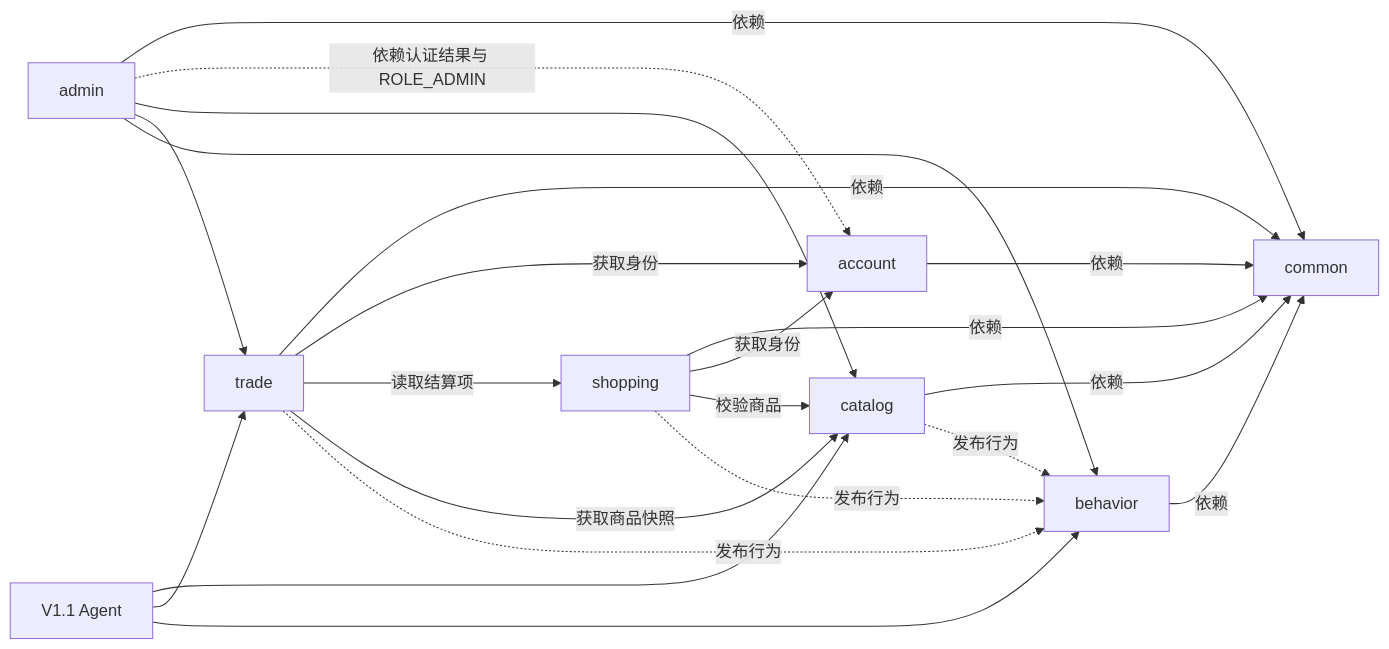
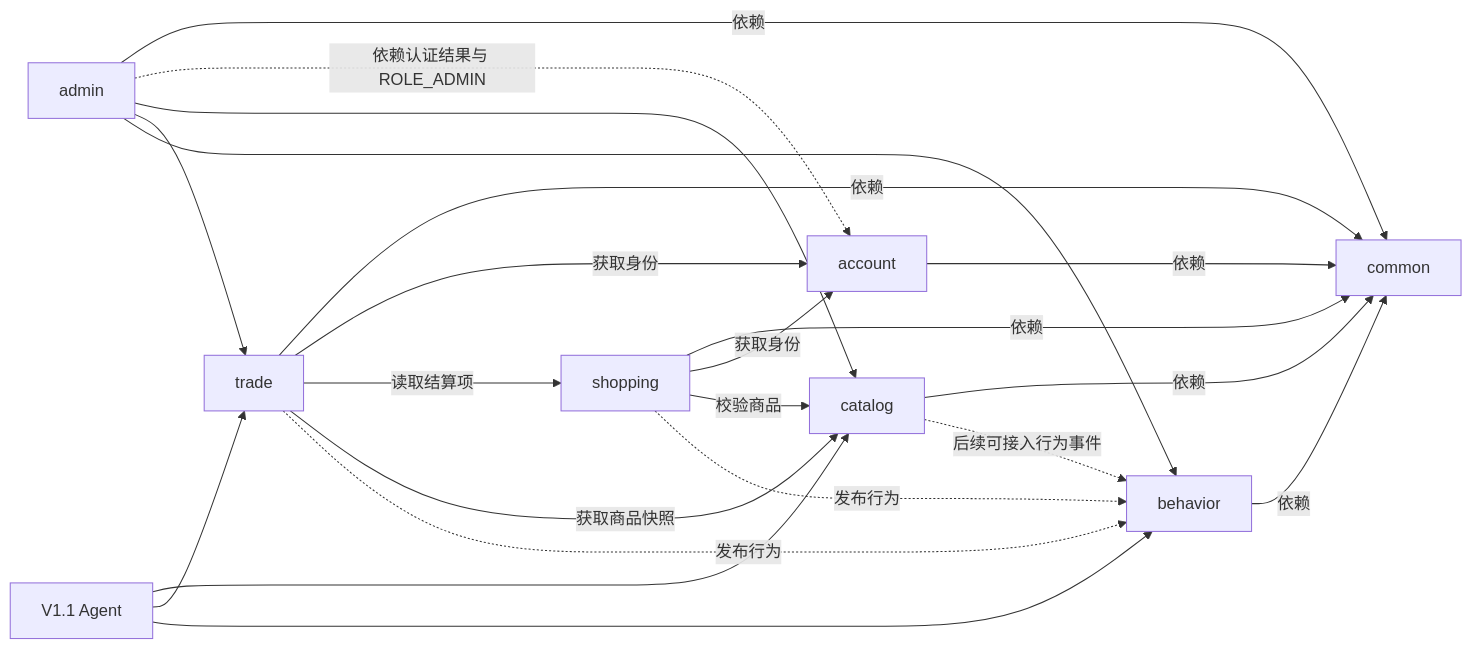
Before and after one commit to XMU-Linjer/persona-flow-commerce: the fifth of 15 diagrams in docs/v1.0-architecture.md, drawn with Mermaid. The commit also changed other lines of this file and 2 other files, not shown here.

````diff
--- a/docs/v1.0-architecture.md
+++ b/docs/v1.0-architecture.md
@@ -533,38 +533,38 @@
 ```mermaid
 flowchart LR
     Common[common]
     Account[account]
     Catalog[catalog]
     Shopping[shopping]
     Trade[trade]
     Behavior[behavior]
     Admin[admin]
     Agent[V1.1 Agent]
 
     Account -->|依赖| Common
     Catalog -->|依赖| Common
     Shopping -->|依赖| Common
     Trade -->|依赖| Common
     Behavior -->|依赖| Common
     Admin -->|依赖| Common
 
     Shopping -->|获取身份| Account
     Shopping -->|校验商品| Catalog
 
     Trade -->|获取身份| Account
     Trade -->|读取结算项| Shopping
     Trade -->|获取商品快照| Catalog
 
-    Catalog -.发布行为.-> Behavior
+    Catalog -.后续可接入行为事件.-> Behavior
     Shopping -.发布行为.-> Behavior
     Trade -.发布行为.-> Behavior
 
     Admin -.依赖认证结果与 ROLE_ADMIN.-> Account
     Admin --> Catalog
     Admin --> Trade
     Admin --> Behavior
 
     Agent --> Catalog
     Agent --> Trade
     Agent --> Behavior
 ```
````
